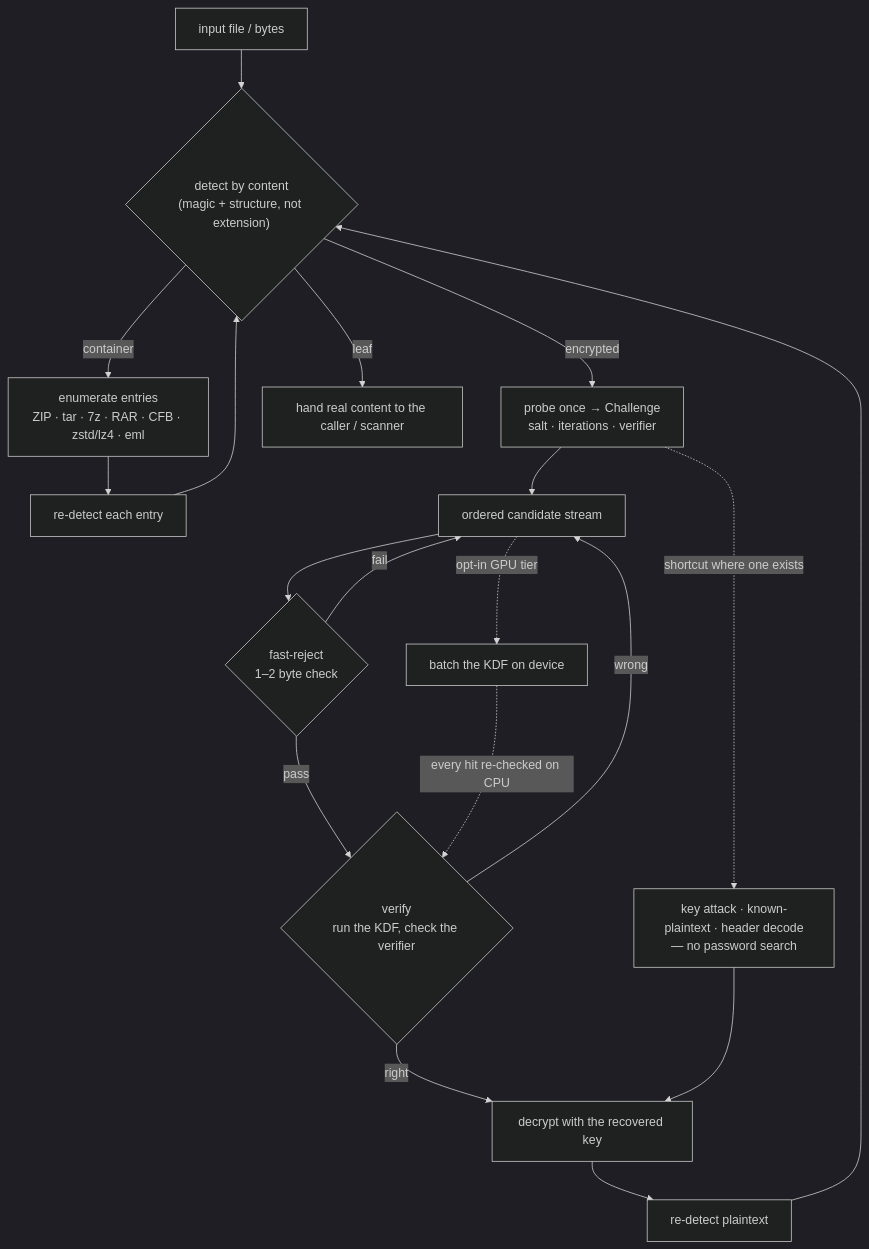
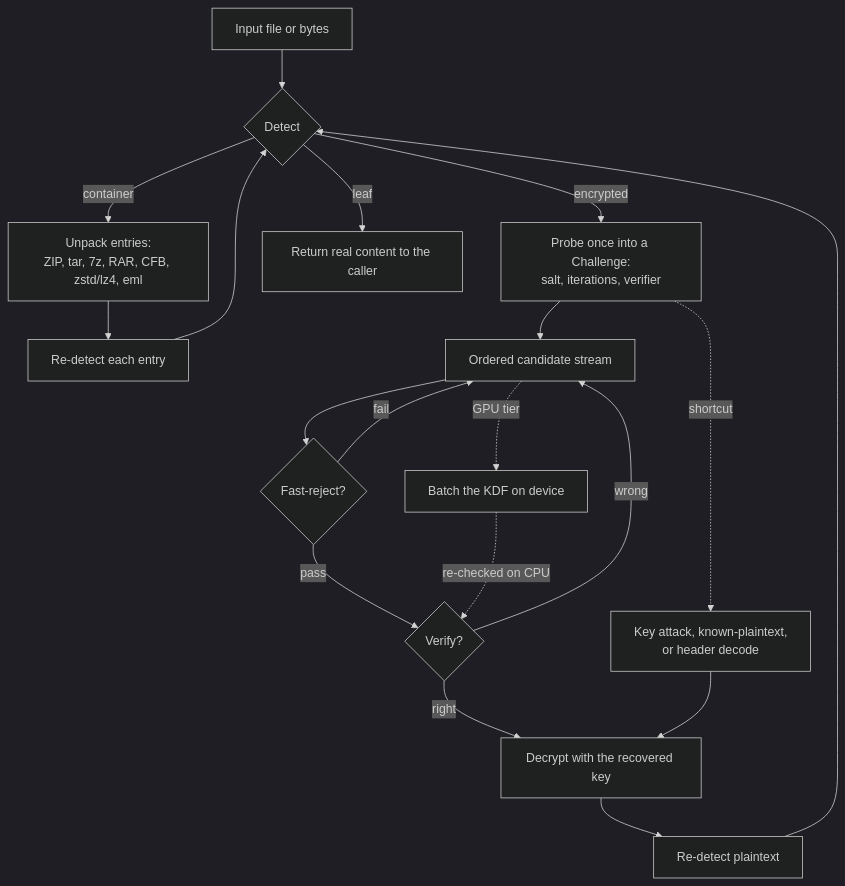
One commit to rom/Xcrack changed the diagram in README.md. Above: the diagram before and after it, drawn with Mermaid (dark theme). The commit also changed 5 other files, not shown here.

First line of the commit message:
docs: mermaid clip fix, new CLI flags, found-cache perf answer, gap-review

````diff
--- a/README.md
+++ b/README.md
@@ -69,17 +69,21 @@
 ```mermaid
 flowchart TD
-  IN["input file / bytes"] --> DET{"detect by content<br/>(magic + structure, not extension)"}
-  DET -->|"container"| UNP["enumerate entries<br/>ZIP · tar · 7z · RAR · CFB · zstd/lz4 · eml"]
-  DET -->|"encrypted"| PRB["probe once → Challenge<br/>salt · iterations · verifier"]
-  DET -->|"leaf"| OUT["hand real content to the caller / scanner"]
-  UNP --> RE["re-detect each entry"] --> DET
-  PRB --> CS["ordered candidate stream"]
-  CS --> FR{"fast-reject<br/>1–2 byte check"}
-  FR -->|"fail"| CS
-  FR -->|"pass"| VF{"verify<br/>run the KDF, check the verifier"}
-  VF -->|"wrong"| CS
-  VF -->|"right"| DC["decrypt with the recovered key"]
-  DC --> RE2["re-detect plaintext"] --> DET
-  CS -. "opt-in GPU tier" .-> GPU["batch the KDF on device"] -. "every hit re-checked on CPU" .-> VF
-  PRB -. "shortcut where one exists" .-> SC["key attack · known-plaintext · header decode<br/>— no password search"] --> DC
+  IN["Input file or bytes"] --> DET{"Detect"}
+  DET -->|container| UNP["Unpack entries:<br/>ZIP, tar, 7z, RAR, CFB, zstd/lz4, eml"]
+  DET -->|encrypted| PRB["Probe once into a Challenge:<br/>salt, iterations, verifier"]
+  DET -->|leaf| OUT["Return real content to the caller"]
+  UNP --> RE["Re-detect each entry"]
+  RE --> DET
+  PRB --> CS["Ordered candidate stream"]
+  CS --> FR{"Fast-reject?"}
+  FR -->|fail| CS
+  FR -->|pass| VF{"Verify?"}
+  VF -->|wrong| CS
+  VF -->|right| DC["Decrypt with the recovered key"]
+  DC --> RD["Re-detect plaintext"]
+  RD --> DET
+  CS -. GPU tier .-> GPU["Batch the KDF on device"]
+  GPU -. re-checked on CPU .-> VF
+  PRB -. shortcut .-> SC["Key attack, known-plaintext,<br/>or header decode"]
+  SC --> DC
 ```
````
